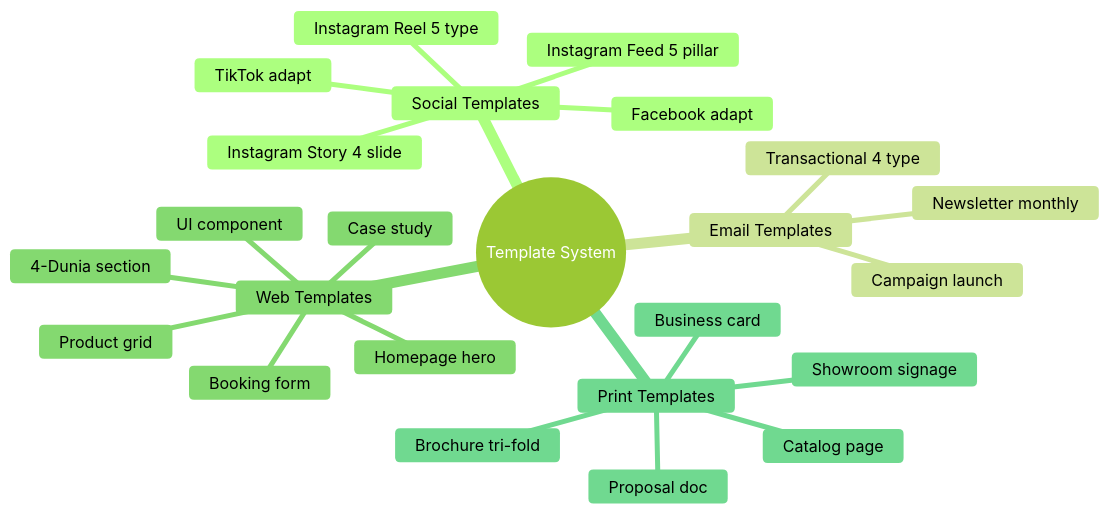
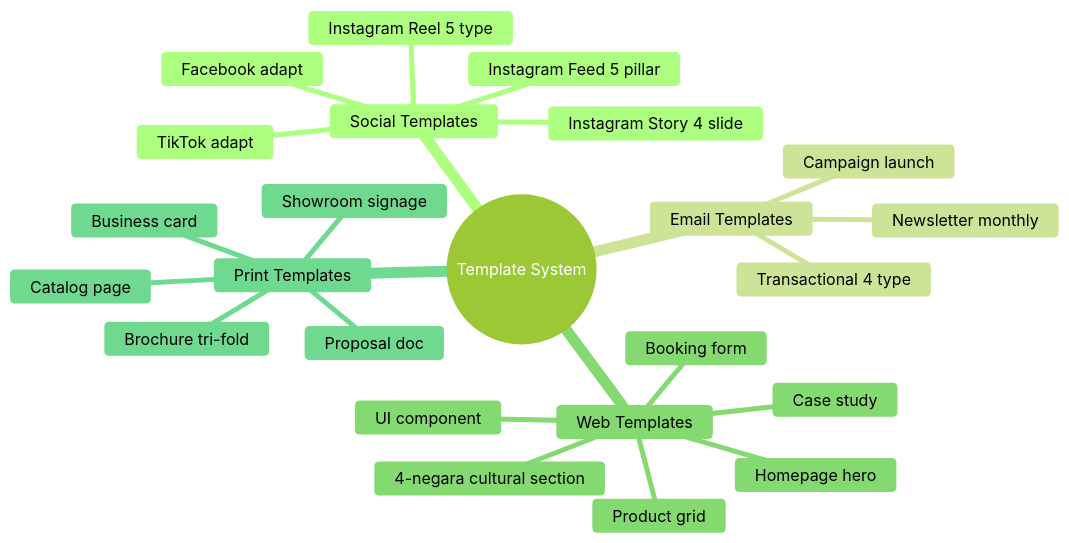
Before and after one commit to MahewAi/Mahew: the first of 2 diagrams in librechat-deploy/skills/cco/template-system.md, drawn with Mermaid (forest theme). The commit also changed other lines of this file and 80 other files, not shown here.

````diff
--- a/librechat-deploy/skills/cco/template-system.md
+++ b/librechat-deploy/skills/cco/template-system.md
@@ -330,27 +330,27 @@
 ```mermaid
 mindmap
   root((Template System))
     Social Templates
       Instagram Feed 5 pillar
       Instagram Story 4 slide
       Instagram Reel 5 type
       TikTok adapt
       Facebook adapt
     Email Templates
       Newsletter monthly
       Transactional 4 type
       Campaign launch
     Web Templates
       Homepage hero
-      4-Dunia section
+      4-negara cultural section
       Product grid
       Case study
       Booking form
       UI component
     Print Templates
       Business card
       Catalog page
       Brochure tri-fold
       Proposal doc
       Showroom signage
 ```
````
